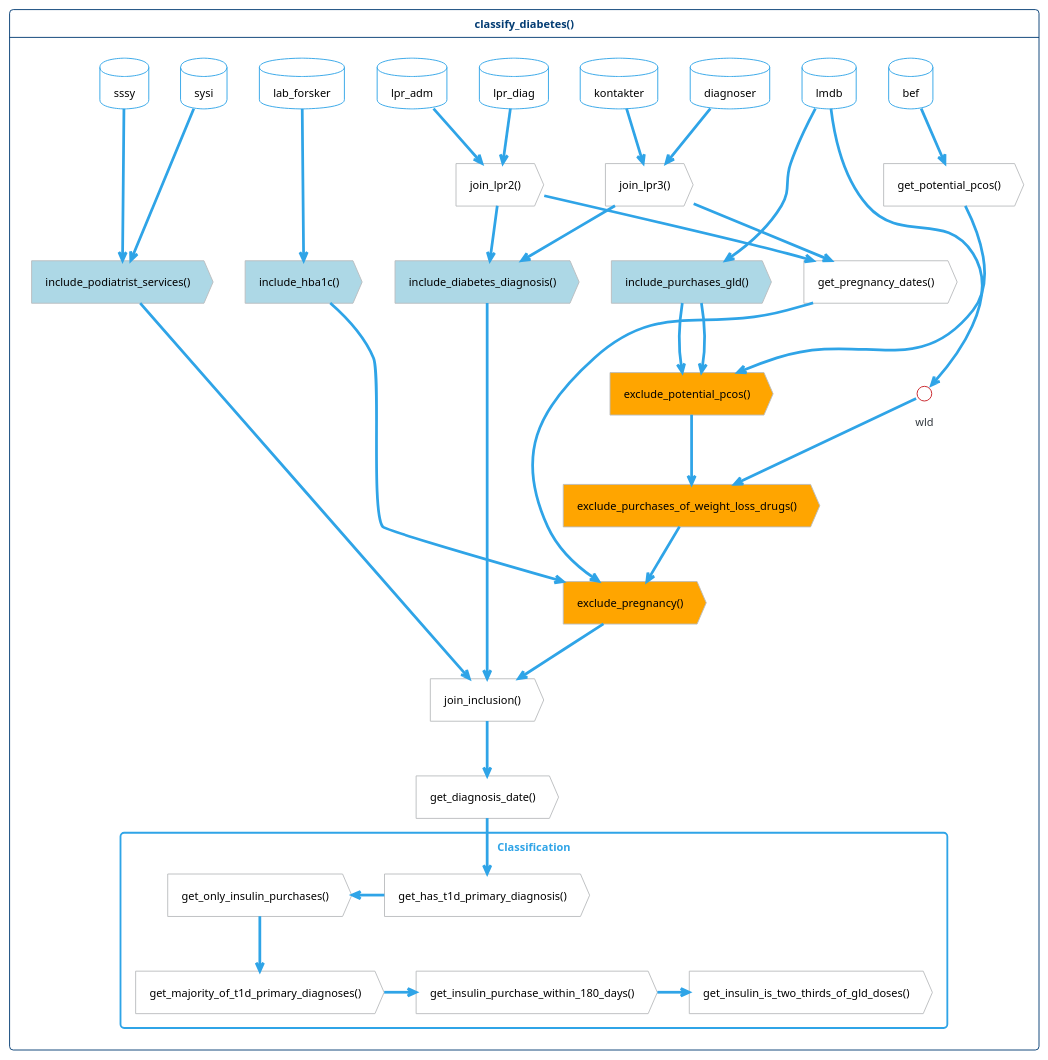
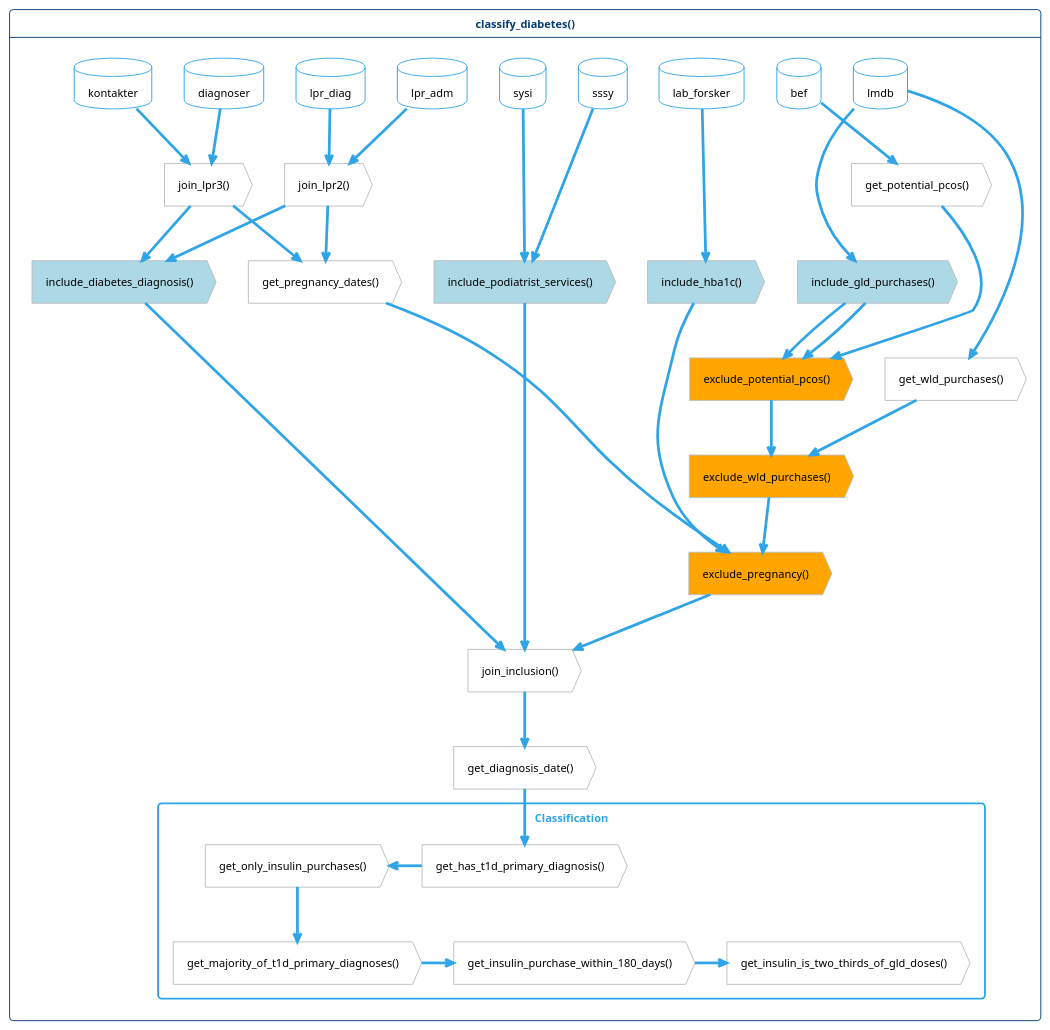
Before and after one commit to steno-aarhus/osdc: the diagram in vignettes/images/function-flow.puml, drawn with PlantUML.

Commit message:
feat: update structure (arrows and together) to correct arrows and layout

```diff
--- a/vignettes/images/function-flow.puml
+++ b/vignettes/images/function-flow.puml
@@ -1,112 +1,114 @@
 @startuml function-flow
 !theme cerulean-outline
 <style>
 action {
     FontColor black
 }
 database {
     FontColor black
 }
 .inclusion {
     BackgroundColor lightblue
 }
 .exclusion {
     BackgroundColor orange
 }
 </style>
 
 hide <<inclusion>> stereotype
 hide <<exclusion>> stereotype
 
 card classify_diabetes() as cd {
+'Diabetes population extraction
     together {
         database sssy
         database sysi
         database lpr_diag
         database lpr_adm
         database lmdb
         database lab_forsker
         database kontakter
         database diagnoser
         database bef
     }
+    together {
+            action "join_lpr2()" as lpr2
+            action "join_lpr3()" as lpr3
+    }
 
-    action "get_pregnancy_dates()" as pregnancy
     action "get_potential_pcos()" as pcos
-    action "get_diagnosis_date()" as diagnosis_date
-    action "join_lpr2()" as lpr2
-    action "join_lpr3()" as lpr3
+    action "get_wld_purchases()" as wld
 
     together {
         action "exclude_pregnancy()" as ex_pregnancy <<exclusion>>
-        action "exclude_purchases_of_weight_loss_drugs()" as ex_wld <<exclusion>>
+        action "exclude_wld_purchases()" as ex_wld <<exclusion>>
         action "exclude_potential_pcos()" as ex_pcos <<exclusion>>
     }
-
     together {
+        action "include_diabetes_diagnosis()" as in_diagnosis <<inclusion>>
         action "include_hba1c()" as in_hba1c <<inclusion>>
-        action "include_diabetes_diagnosis()" as in_diagnosis <<inclusion>>
         action "include_podiatrist_services()" as in_podiatrist <<inclusion>>
-        action "include_purchases_gld()" as in_gld <<inclusion>>
+        action "include_gld_purchases()" as in_gld <<inclusion>>
+        action "get_pregnancy_dates()" as pregnancy
     }
 
     action "join_inclusion()" as join_inclusion
     action "get_diagnosis_date()" as diagnosis_date
 
 'join lpr
     lpr_diag --> lpr2
     lpr_adm --> lpr2
     kontakter --> lpr3
     diagnoser --> lpr3
 
 'inclusion: podiatrist services
     sssy --> in_podiatrist
     sysi --> in_podiatrist
     in_podiatrist --> join_inclusion
 
 'inclusion: hba1c
     lab_forsker --> in_hba1c
     in_hba1c --> ex_pregnancy
     ex_pregnancy --> join_inclusion
 
 'inclusion: gld purchases
     lmdb --> in_gld
     in_gld --> ex_pcos
     ex_pcos --> ex_wld
     ex_wld --> ex_pregnancy
 
 'inclusion: diabetes diagnosis
     lpr2 --> in_diagnosis
     lpr3 --> in_diagnosis
     in_diagnosis --> join_inclusion
 
 'helper functions
     lpr2 --> pregnancy
     lpr3 --> pregnancy
     pregnancy --> ex_pregnancy
     lmdb --> wld
     wld --> ex_wld
     bef --> pcos
     in_gld --> ex_pcos
     pcos --> ex_pcos
     join_inclusion --> diagnosis_date
 
 'Diabetes type classification
 
     rectangle Classification {
         action "get_has_t1d_primary_diagnosis()" as t1d_diagnosis
         action "get_only_insulin_purchases()" as only_insulins
         action "get_majority_of_t1d_primary_diagnoses()" as t1d_diagnosis_majority
         action "get_insulin_purchase_within_180_days()" as insulin_within_180_days
         action "get_insulin_is_two_thirds_of_gld_doses()" as insulin_is_two_thirds
     }
 
     diagnosis_date --> t1d_diagnosis
     t1d_diagnosis -l-> only_insulins
     only_insulins -d-> t1d_diagnosis_majority
     t1d_diagnosis_majority -r-> insulin_within_180_days
     insulin_within_180_days -r-> insulin_is_two_thirds
     
 
 }
 @enduml
```
